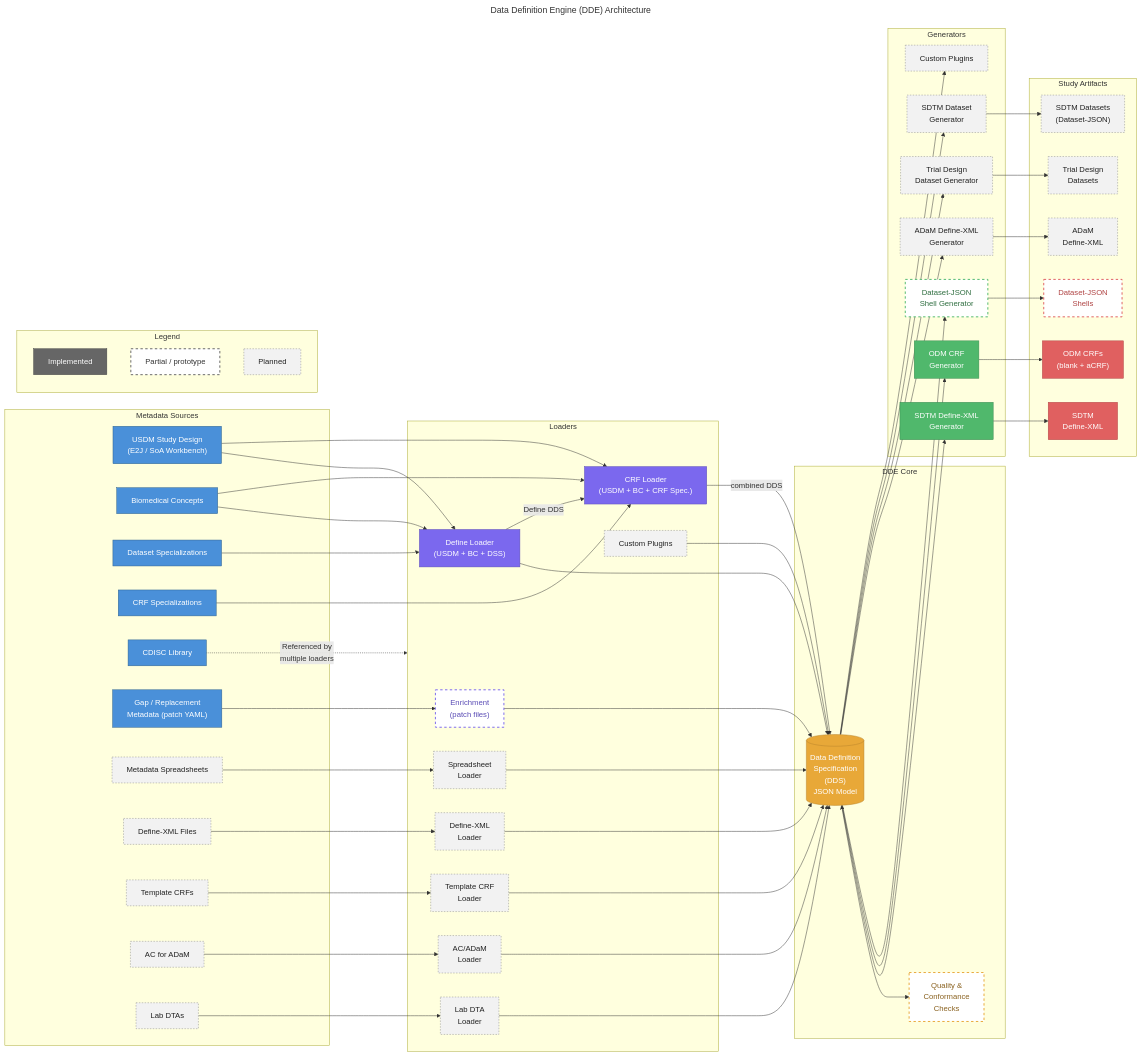
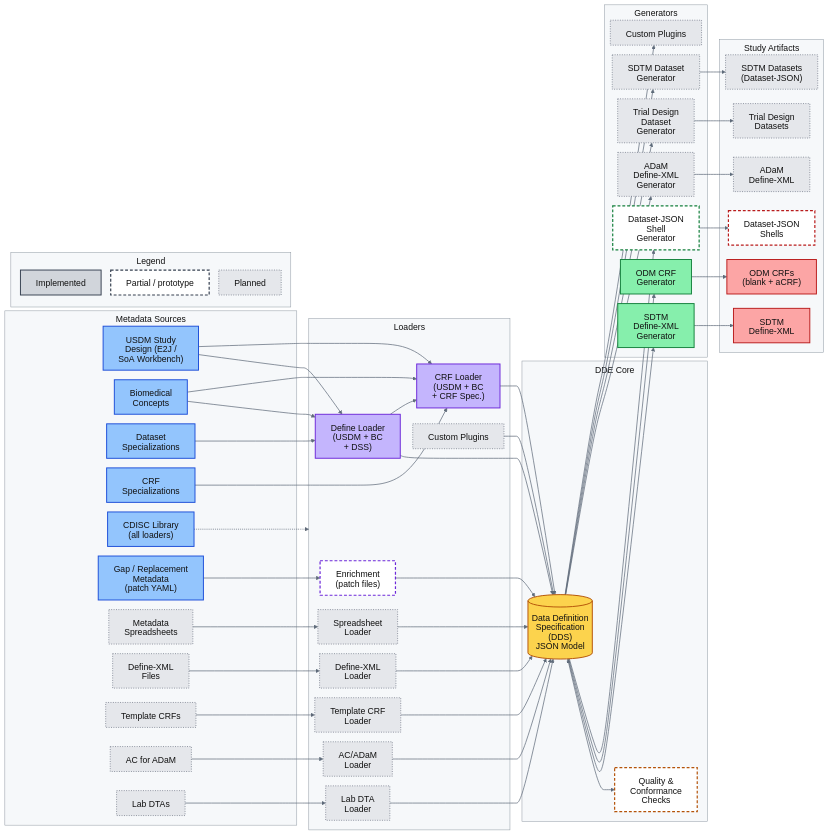
The diagram in documents/Solution_Overview.md (cdisc-org/data-definition-engine), drawn with Mermaid before and after one commit.

Commit message:
Make the Solution Overview diagram readable in GitHub and PyCharm
Fix the theme so viewers cannot substitute their own colours, use
near-black text on light fills, and render labels as SVG text: PyCharm's
Markdown preview recolours HTML labels through its p { color } rule,
which left the text light grey. Wrap long labels, tighten spacing and
drop the two edge labels so the diagram is narrower and its text larger
when scaled to fit.

````diff
--- a/documents/Solution_Overview.md
+++ b/documents/Solution_Overview.md
@@ -18,25 +18,23 @@
 ```mermaid
----
-title: Data Definition Engine (DDE) Architecture
----
+%%{init: {'theme': 'base', 'htmlLabels': false, 'flowchart': {'htmlLabels': false, 'nodeSpacing': 20, 'rankSpacing': 25, 'padding': 16, 'subGraphTitleMargin': {'top': 6, 'bottom': 6}}, 'themeVariables': {'fontSize': '18px', 'fontFamily': 'Segoe UI, Helvetica, Arial, Liberation Sans, DejaVu Sans, sans-serif', 'primaryTextColor': '#111111', 'textColor': '#111111', 'titleColor': '#111111', 'lineColor': '#5f6b7a', 'clusterBkg': '#f6f8fa', 'clusterBorder': '#8c959f', 'edgeLabelBackground': '#ffffff'}}}%%
 graph LR
     subgraph Sources["Metadata Sources"]
-        USDM["USDM Study Design<br/>(E2J / SoA Workbench)"]
-        BC["Biomedical Concepts"]
-        DSS["Dataset Specializations"]
-        CRFS["CRF Specializations"]
-        CLIB["CDISC Library"]
-        GAP["Gap / Replacement<br/>Metadata (patch YAML)"]
-        XLS["Metadata Spreadsheets"]
-        DEF_IN["Define-XML Files"]
+        USDM["USDM Study<br/>Design (E2J /<br/>SoA Workbench)"]
+        BC["Biomedical<br/>Concepts"]
+        DSS["Dataset<br/>Specializations"]
+        CRFS["CRF<br/>Specializations"]
+        CLIB["CDISC Library<br/>(all loaders)"]
+        GAP["Gap / Replacement<br/>Metadata<br/>(patch YAML)"]
+        XLS["Metadata<br/>Spreadsheets"]
+        DEF_IN["Define-XML<br/>Files"]
         CRF_IN["Template CRFs"]
         AC["AC for ADaM"]
         DTA["Lab DTAs"]
     end
 
     subgraph Loaders["Loaders"]
-        L1["Define Loader<br/>(USDM + BC + DSS)"]
-        L7["CRF Loader<br/>(USDM + BC + CRF Spec.)"]
+        L1["Define Loader<br/>(USDM + BC<br/>+ DSS)"]
+        L7["CRF Loader<br/>(USDM + BC<br/>+ CRF Spec.)"]
         L6["Enrichment<br/>(patch files)"]
         L2["Spreadsheet<br/>Loader"]
         L3["Define-XML<br/>Loader"]
@@ -52,11 +50,11 @@
     end
 
     subgraph Generators["Generators"]
-        G1["SDTM Define-XML<br/>Generator"]
+        G1["SDTM<br/>Define-XML<br/>Generator"]
         G3["ODM CRF<br/>Generator"]
-        G5["Dataset-JSON<br/>Shell Generator"]
-        G2["ADaM Define-XML<br/>Generator"]
-        G4["Trial Design<br/>Dataset Generator"]
+        G5["Dataset-JSON<br/>Shell<br/>Generator"]
+        G2["ADaM<br/>Define-XML<br/>Generator"]
+        G4["Trial Design<br/>Dataset<br/>Generator"]
         G6["SDTM Dataset<br/>Generator"]
         GP["Custom Plugins"]
     end
@@ -89,12 +87,12 @@
     CRF_IN --> L4
     AC --> L5
     DTA --> L8
-    CLIB -.->|"Referenced by<br/>multiple loaders"| Loaders
+    CLIB -.-> Loaders
 
     %% Loaders to DDS (the CRF loader enriches the Define loader's DDS)
     L1 --> DDS
-    L1 -->|"Define DDS"| L7
-    L7 -->|"combined DDS"| DDS
+    L1 --> L7
+    L7 --> DDS
     L6 --> DDS
     L2 --> DDS
     L3 --> DDS
@@ -123,19 +121,22 @@
     G4 --> A4
     G6 --> A6
 
-    %% Styling: implemented components use their category colour; partial and planned are dashed
-    classDef source fill:#4a90d9,stroke:#2c5f8a,color:#fff
-    classDef loader fill:#7b68ee,stroke:#5a4cb5,color:#fff
-    classDef core fill:#e8a838,stroke:#b8832c,color:#fff
-    classDef generator fill:#50b86c,stroke:#3a8a50,color:#fff
-    classDef artifact fill:#e06060,stroke:#b04545,color:#fff
-    classDef loaderPartial fill:#fff,stroke:#7b68ee,color:#5a4cb5,stroke-width:2px,stroke-dasharray: 5 5
-    classDef corePartial fill:#fff,stroke:#e8a838,color:#8a6220,stroke-width:2px,stroke-dasharray: 5 5
-    classDef generatorPartial fill:#fff,stroke:#50b86c,color:#2f6e40,stroke-width:2px,stroke-dasharray: 5 5
-    classDef artifactPartial fill:#fff,stroke:#e06060,color:#b04545,stroke-width:2px,stroke-dasharray: 5 5
-    classDef planned fill:#f2f2f2,stroke:#888,color:#222,stroke-dasharray: 3 3
-    classDef legendDone fill:#666,stroke:#444,color:#fff
-    classDef legendPartial fill:#fff,stroke:#666,color:#333,stroke-width:2px,stroke-dasharray: 5 5
+    %% Styling: implemented = category fill; partial = white, dashed; planned = grey, dotted.
+    %% The theme is fixed and all text is near-black, so the diagram reads the same in light and dark viewers.
+    %% Labels are SVG text (htmlLabels: false): HTML labels are recoloured by Markdown preview CSS such as PyCharm's.
+    classDef source fill:#93c5fd,stroke:#1d4ed8,stroke-width:2px,color:#111
+    classDef loader fill:#c4b5fd,stroke:#6d28d9,stroke-width:2px,color:#111
+    classDef core fill:#fcd34d,stroke:#b45309,stroke-width:2px,color:#111
+    classDef generator fill:#86efac,stroke:#15803d,stroke-width:2px,color:#111
+    classDef artifact fill:#fca5a5,stroke:#b91c1c,stroke-width:2px,color:#111
+    classDef loaderPartial fill:#fff,stroke:#6d28d9,stroke-width:2.5px,stroke-dasharray: 6 4,color:#111
+    classDef corePartial fill:#fff,stroke:#b45309,stroke-width:2.5px,stroke-dasharray: 6 4,color:#111
+    classDef generatorPartial fill:#fff,stroke:#15803d,stroke-width:2.5px,stroke-dasharray: 6 4,color:#111
+    classDef artifactPartial fill:#fff,stroke:#b91c1c,stroke-width:2.5px,stroke-dasharray: 6 4,color:#111
+    classDef planned fill:#e5e7eb,stroke:#6b7280,stroke-width:1.5px,stroke-dasharray: 2 3,color:#111
+    classDef legendDone fill:#d1d5db,stroke:#374151,stroke-width:2px,color:#111
+    classDef legendPartial fill:#fff,stroke:#374151,stroke-width:2.5px,stroke-dasharray: 6 4,color:#111
+    linkStyle default stroke:#5f6b7a,stroke-width:1.5px
 
     class USDM,BC,DSS,CRFS,CLIB,GAP source
     class L1,L7 loader
````
